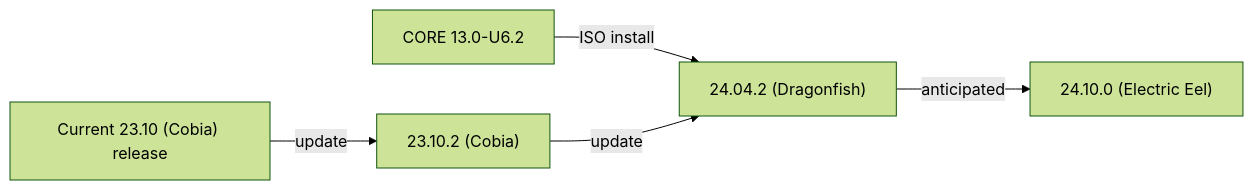
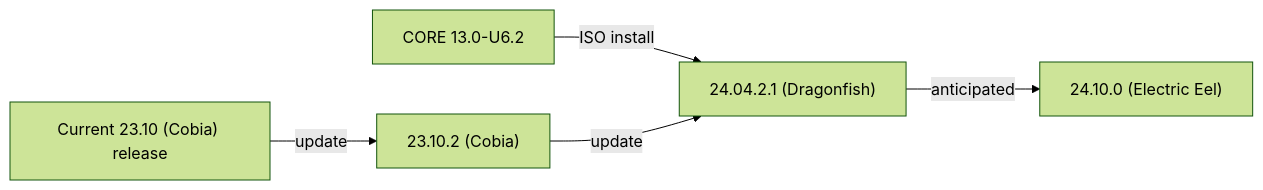
One commit to truenas/documentation changed the second of 2 diagrams in static/includes/SCALEUpgradePaths.md. Above: the diagram before and after it, drawn with Mermaid (forest theme). The commit also changed other lines of this file and 2 other files, not shown here.

Commit message:
PD-1418 24.04.2.1 Hot Patch Updates

```diff
--- a/static/includes/SCALEUpgradePaths.md
+++ b/static/includes/SCALEUpgradePaths.md
@@ -65,8 +65,8 @@
           {{< mermaid class="mermaid_sizing" >}}
           flowchart LR
             A["CORE 13.0-U6.2"] -->|ISO install| D
             B["Current 23.10 (Cobia) release"] -->|update| C
             C["23.10.2 (Cobia)"] -->|update| D
-            D["24.04.2 (Dragonfish)"]  -->|anticipated| E
+            D["24.04.2.1 (Dragonfish)"]  -->|anticipated| E
             E["24.10.0 (Electric Eel)"]
           {{< /mermaid >}}
```
